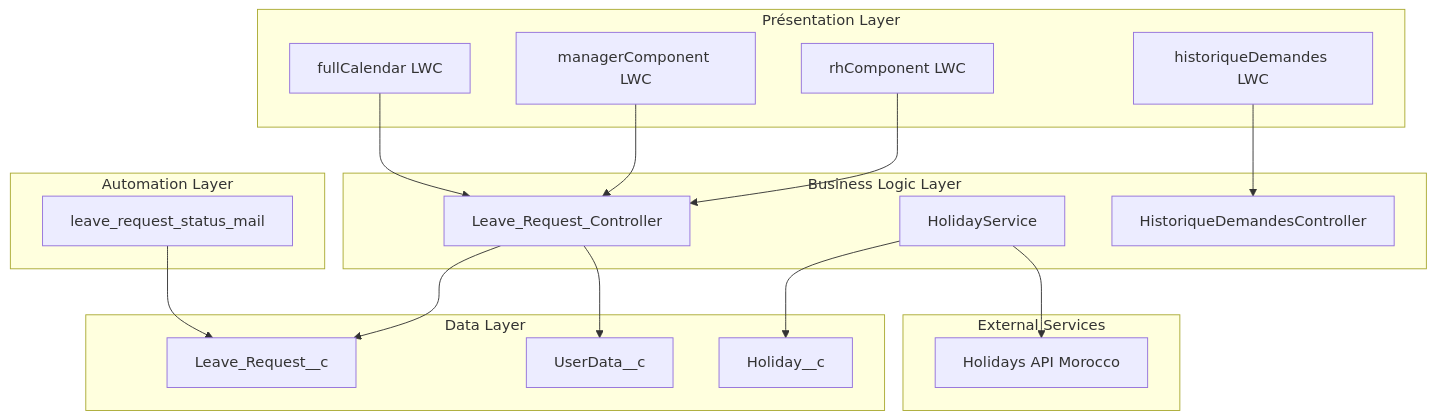
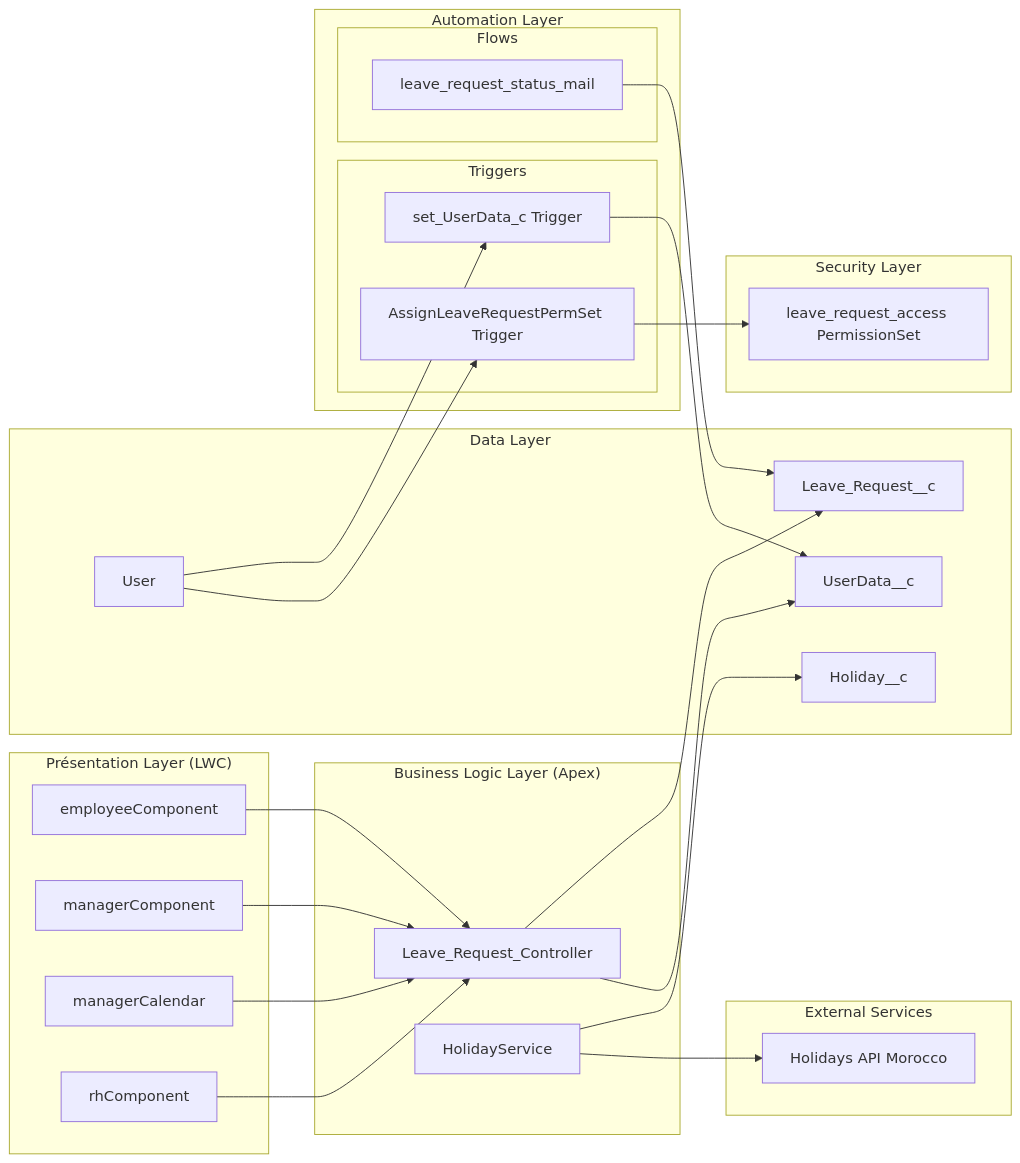
One commit to Houda-El-Bekkari/portail-conges changed the first of 4 diagrams in __documentations/technical_documentation.md. Above: the diagram before and after it, drawn with Mermaid. The commit also changed other lines of this file and 29 other files, not shown here.

````diff
--- a/__documentations/technical_documentation.md
+++ b/__documentations/technical_documentation.md
@@ -37,39 +50,53 @@
 ```mermaid
-graph TB
-    subgraph "Présentation Layer"
-        FC[fullCalendar LWC]
-        MC[managerComponent LWC]
-        RC[rhComponent LWC]
-        HD[historiqueDemandes LWC]
+graph LR
+    subgraph "Présentation Layer (LWC)"
+        EC[employeeComponent]
+        MC[managerComponent]
+        MCC[managerCalendar]
+        RC[rhComponent]
     end
     
-    subgraph "Business Logic Layer"
+    subgraph "Business Logic Layer (Apex)"
         LRC[Leave_Request_Controller]
         HS[HolidayService]
-        HDC[HistoriqueDemandesController]
     end
     
     subgraph "Data Layer"
         LR[Leave_Request__c]
         UD[UserData__c]
         H[Holiday__c]
+        U[User]
+    end
+    
+    subgraph "Automation Layer"
+        subgraph Triggers
+            UT1[set_UserData_c Trigger]
+            UT2[AssignLeaveRequestPermSet Trigger]
+        end
+        subgraph Flows
+            FLOW[leave_request_status_mail]
+        end
+    end
+    
+    subgraph "Security Layer"
+        PS[leave_request_access PermissionSet]
     end
     
     subgraph "External Services"
         API[Holidays API Morocco]
     end
     
-    subgraph "Automation Layer"
-        FLOW[leave_request_status_mail]
-    end
-    
-    FC --> LRC
+    EC --> LRC
     MC --> LRC
+    MCC --> LRC
     RC --> LRC
-    HD --> HDC
     LRC --> LR
     LRC --> UD
     HS --> H
     HS --> API
     FLOW --> LR
+    U --> UT1
+    U --> UT2
+    UT1 --> UD
+    UT2 --> PS
 ```
````
